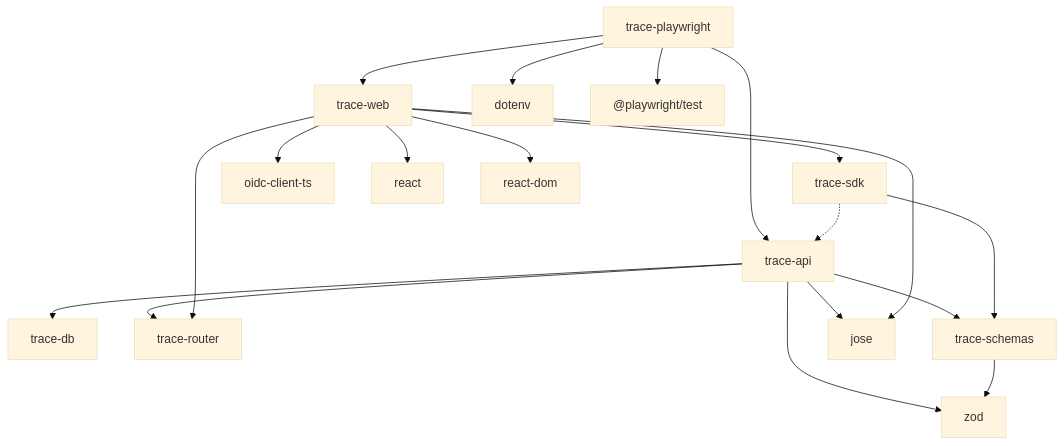
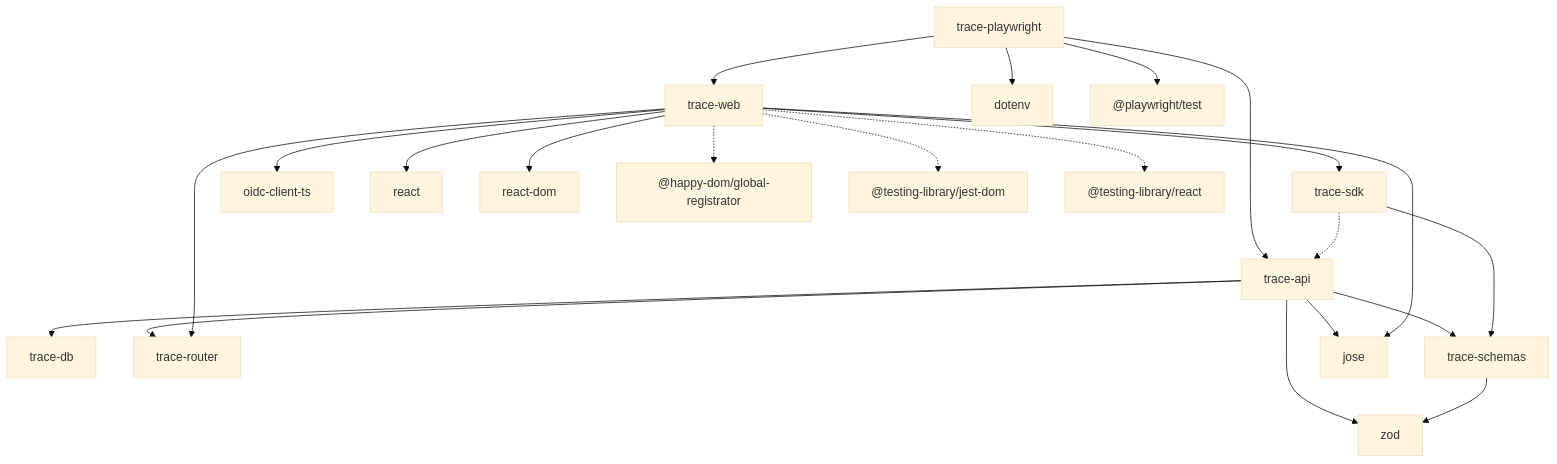
One commit to DigitalForge-Dynamics/Trace changed the second of 2 diagrams in docs/packages.md. Above: the diagram before and after it, drawn with Mermaid (base theme). The commit also changed 20 other files, not shown here.

````diff
--- a/docs/packages.md
+++ b/docs/packages.md
@@ -26,33 +26,36 @@
 ```mermaid
 graph
 	trace-api
 	trace-db
 	trace-playwright
 	trace-router
 	trace-schemas
 	trace-sdk
 	trace-web
 
 	trace-api --> zod
 	trace-api --> trace-schemas
 	trace-api --> trace-router
 	trace-api --> trace-db
 	trace-api --> jose
 
 	trace-playwright --> dotenv
 	trace-playwright --> trace-api
 	trace-playwright --> trace-web
 	trace-playwright --> playwright["@playwright/test"]
 
 	trace-schemas --> zod
 
 	trace-sdk -.-> trace-api
 	trace-sdk --> trace-schemas
 
 	trace-web --> jose
 	trace-web --> oidc-client-ts
 	trace-web --> react
 	trace-web --> react-dom
 	trace-web --> trace-sdk
-	trace-web --> trace-router
+    trace-web --> trace-router
+    trace-web -.-> happy-dom["@happy-dom/global-registrator"]
+    trace-web -.-> testing-library-jest-dom["@testing-library/jest-dom"]
+    trace-web -.-> testing-library-react["@testing-library/react"]
 ```
````
